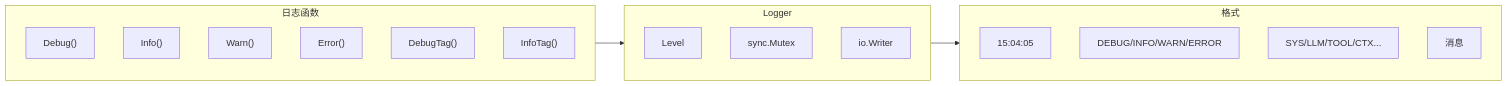
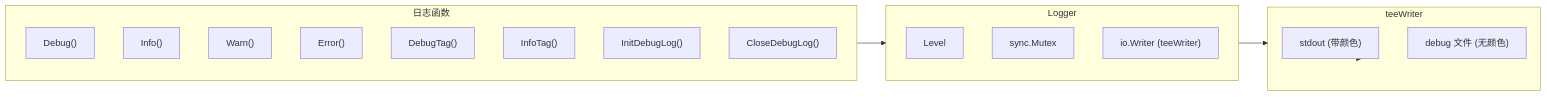
One commit to Ozqi/5hAgent changed the diagram in doc/logger.md. Above: the diagram before and after it, drawn with Mermaid. The commit also changed other lines of this file and 37 other files, not shown here.

````diff
--- a/doc/logger.md
+++ b/doc/logger.md
@@ -5,27 +5,29 @@
 ```mermaid
 flowchart LR
     subgraph Logger["Logger"]
         level["Level"]
         mu["sync.Mutex"]
-        output["io.Writer"]
+        output["io.Writer (teeWriter)"]
+    end
+
+    subgraph teeWriter["teeWriter"]
+        w1["stdout (带颜色)"]
+        w2["debug 文件 (无颜色)"]
     end
 
     subgraph Functions["日志函数"]
         debug["Debug()"]
         info["Info()"]
         warn["Warn()"]
         error["Error()"]
         debugtag["DebugTag()"]
         infotag["InfoTag()"]
-    end
-
-    subgraph Format["格式"]
-        timestamp["15:04:05"]
-        lvl["DEBUG/INFO/WARN/ERROR"]
-        tag["SYS/LLM/TOOL/CTX..."]
-        msg["消息"]
+        initdebug["InitDebugLog()"]
+        closedebug["CloseDebugLog()"]
     end
 
     Functions --> Logger
-    Logger --> Format
+    Logger --> teeWriter
+    teeWriter --> w1
+    teeWriter --> w2
 ```
````
